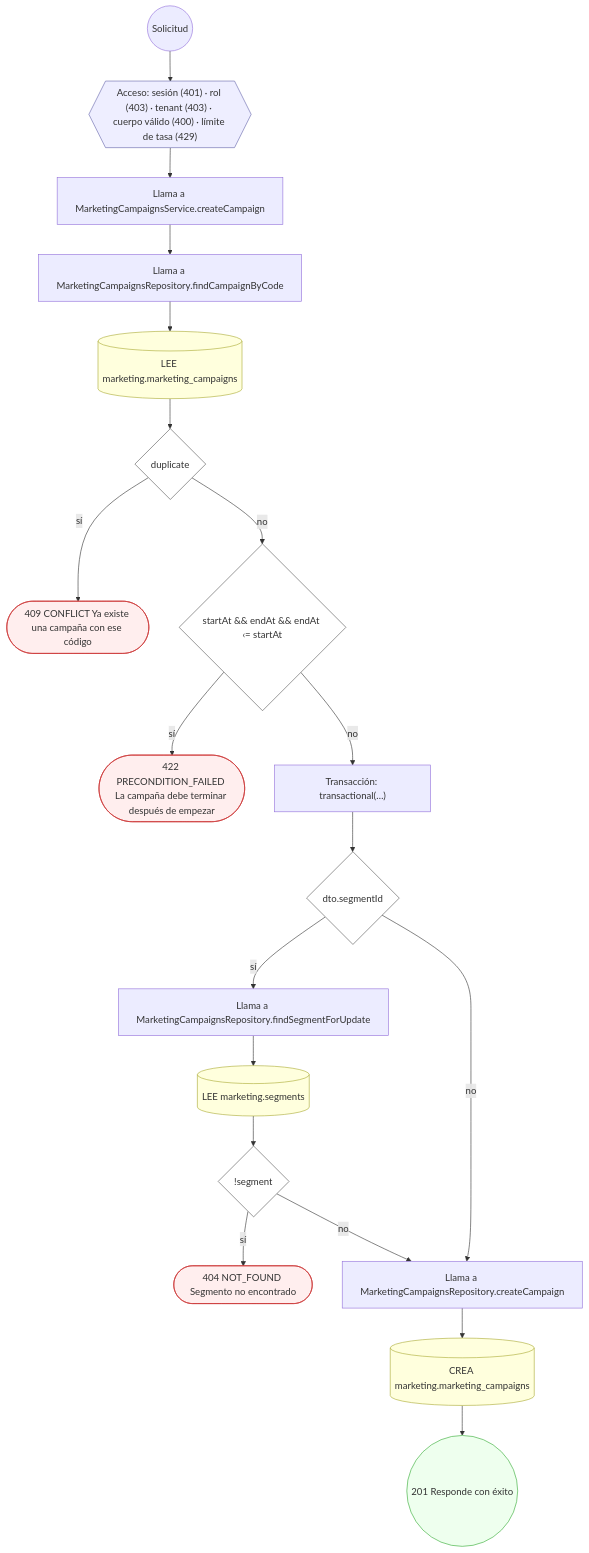
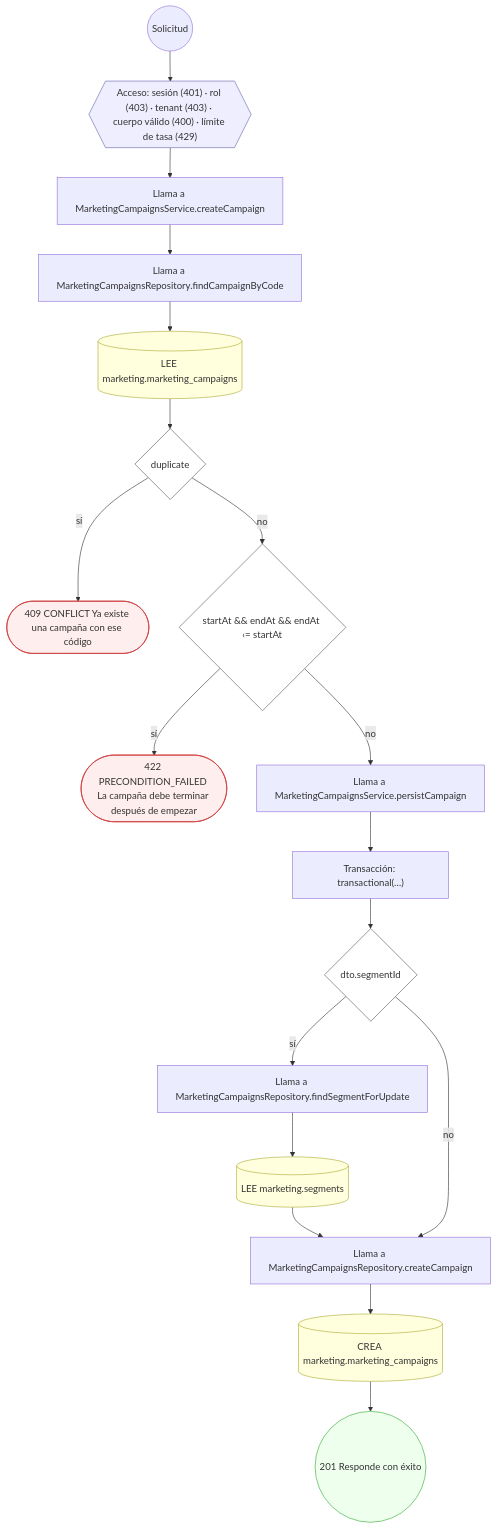
One commit to mdavila-2001/mantra-core-health-api changed the third of 16 diagrams in docs/inventario/flujos/marketing.md. Above: the diagram before and after it, drawn with Mermaid. The commit also changed other lines of this file and 438 other files, not shown here.

````diff
--- a/docs/inventario/flujos/marketing.md
+++ b/docs/inventario/flujos/marketing.md
@@ -275,45 +310,43 @@
 ```mermaid
 flowchart TD
   n1(("Solicitud")):::inicio
   n2{{"Acceso: sesión (401) · rol (403) · tenant (403) · cuerpo válido (400) · límite de tasa (429)"}}:::acceso
   n1 --> n2
   n3["Llama a MarketingCampaignsService.createCampaign"]:::llamada
   n2 --> n3
   n4["Llama a MarketingCampaignsRepository.findCampaignByCode"]:::llamada
   n3 --> n4
   n5[("LEE marketing.marketing_campaigns")]:::efecto
   n4 --> n5
   n6{"duplicate"}:::decision
   n5 --> n6
   n7(["409 CONFLICT Ya existe una campaña con ese código"]):::error
   n6 -->|"sí"| n7
   n8{"startAt && endAt && endAt ‹= startAt"}:::decision
   n6 -->|"no"| n8
   n9(["422 PRECONDITION_FAILED La campaña debe terminar después de empezar"]):::error
   n8 -->|"sí"| n9
-  n10["Transacción: transactional(…)"]:::transaccion
+  n10["Llama a MarketingCampaignsService.persistCampaign"]:::llamada
   n8 -->|"no"| n10
-  n11{"dto.segmentId"}:::decision
+  n11["Transacción: transactional(…)"]:::transaccion
   n10 --> n11
-  n12["Llama a MarketingCampaignsRepository.findSegmentForUpdate"]:::llamada
-  n11 -->|"sí"| n12
-  n13[("LEE marketing.segments")]:::efecto
-  n12 --> n13
-  n14{"!segment"}:::decision
+  n12{"dto.segmentId"}:::decision
+  n11 --> n12
+  n13["Llama a MarketingCampaignsRepository.findSegmentForUpdate"]:::llamada
+  n12 -->|"sí"| n13
+  n14[("LEE marketing.segments")]:::efecto
   n13 --> n14
-  n15(["404 NOT_FOUND Segmento no encontrado"]):::error
-  n14 -->|"sí"| n15
-  n16["Llama a MarketingCampaignsRepository.createCampaign"]:::llamada
-  n14 -->|"no"| n16
-  n11 -->|"no"| n16
-  n17[("CREA marketing.marketing_campaigns")]:::efecto
+  n15["Llama a MarketingCampaignsRepository.createCampaign"]:::llamada
+  n14 --> n15
+  n12 -->|"no"| n15
+  n16[("CREA marketing.marketing_campaigns")]:::efecto
+  n15 --> n16
+  n17(("201 Responde con éxito")):::ok
   n16 --> n17
-  n18(("201 Responde con éxito")):::ok
-  n17 --> n18
   classDef acceso fill:#eef,stroke:#66a
   classDef error fill:#fee,stroke:#c33
   classDef ok fill:#efe,stroke:#3a3
   classDef efecto fill:#ffd,stroke:#aa3
   classDef decision fill:#fff,stroke:#555
   classDef corte fill:#eee,stroke:#999,stroke-dasharray: 4
 ```
````
